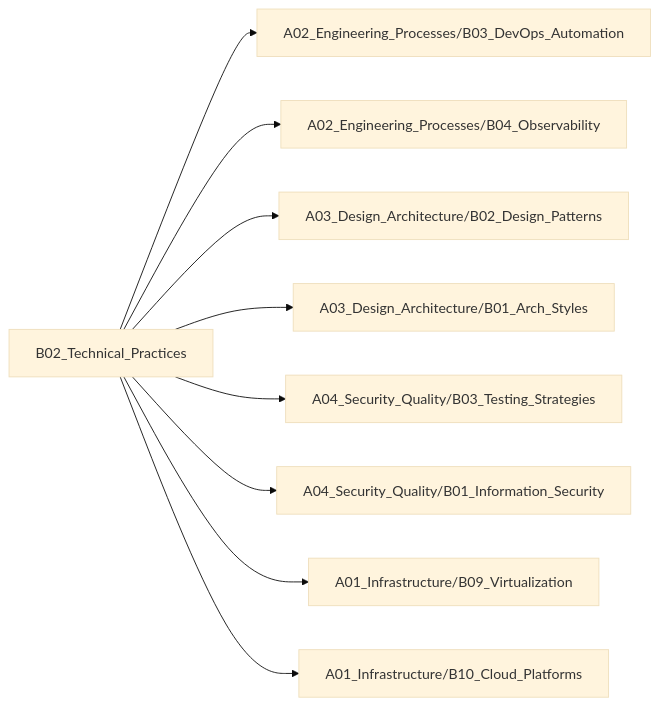
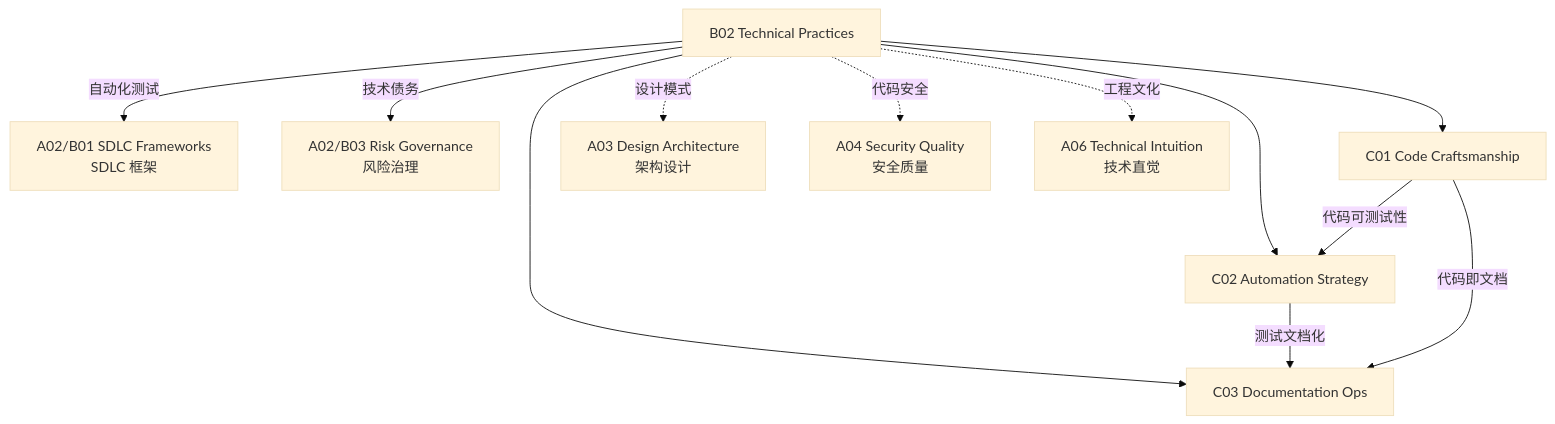
The diagram in A02_Engineering_Processes/B02_Technical_Practices/README.md (yesiops/zco-super-stack), drawn with Mermaid (base theme) before and after one commit. The commit also changed other lines of this file, not shown here.

Commit message:
docs: 扩充 B02_Technical_Practices README.md - 添加代码工艺、自动化策略和文档运维内容

````diff
--- a/A02_Engineering_Processes/B02_Technical_Practices/README.md
+++ b/A02_Engineering_Processes/B02_Technical_Practices/README.md
@@ -88,20 +217,22 @@
 ```mermaid
-graph LR
-    B[B02_Technical_Practices]
-
-    %% 工程流程
-    B --> A01[A02_Engineering_Processes/B03_DevOps_Automation]
-    B --> A02[A02_Engineering_Processes/B04_Observability]
-
-    %% 架构设计
-    B --> A03[A03_Design_Architecture/B02_Design_Patterns]
-    B --> A04[A03_Design_Architecture/B01_Arch_Styles]
-
-    %% 质量保障
-    B --> A05[A04_Security_Quality/B03_Testing_Strategies]
-    B --> A06[A04_Security_Quality/B01_Information_Security]
-
-    %% 基础设施
-    B --> A07[A01_Infrastructure/B09_Virtualization]
-    B --> A08[A01_Infrastructure/B10_Cloud_Platforms]
+graph TB
+    B[B02 Technical Practices]
+    
+    %% 同层关联
+    B -->|自动化测试| B01[A02/B01 SDLC Frameworks<br/>SDLC 框架]
+    B -->|技术债务| B03[A02/B03 Risk Governance<br/>风险治理]
+    
+    %% 专项关联
+    B --> C01[C01 Code Craftsmanship]
+    B --> C02[C02 Automation Strategy]
+    B --> C03[C03 Documentation Ops]
+    
+    C01 -->|代码可测试性| C02
+    C02 -->|测试文档化| C03
+    C01 -->|代码即文档| C03
+    
+    %% 跨层关联
+    B -.->|设计模式| A03[A03 Design Architecture<br/>架构设计]
+    B -.->|代码安全| A04[A04 Security Quality<br/>安全质量]
+    B -.->|工程文化| A06[A06 Technical Intuition<br/>技术直觉]
 ```
````
